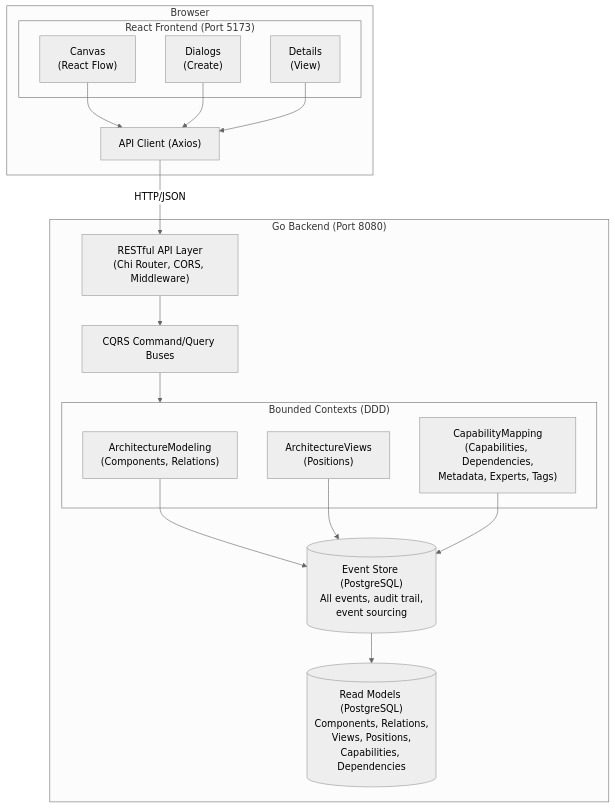
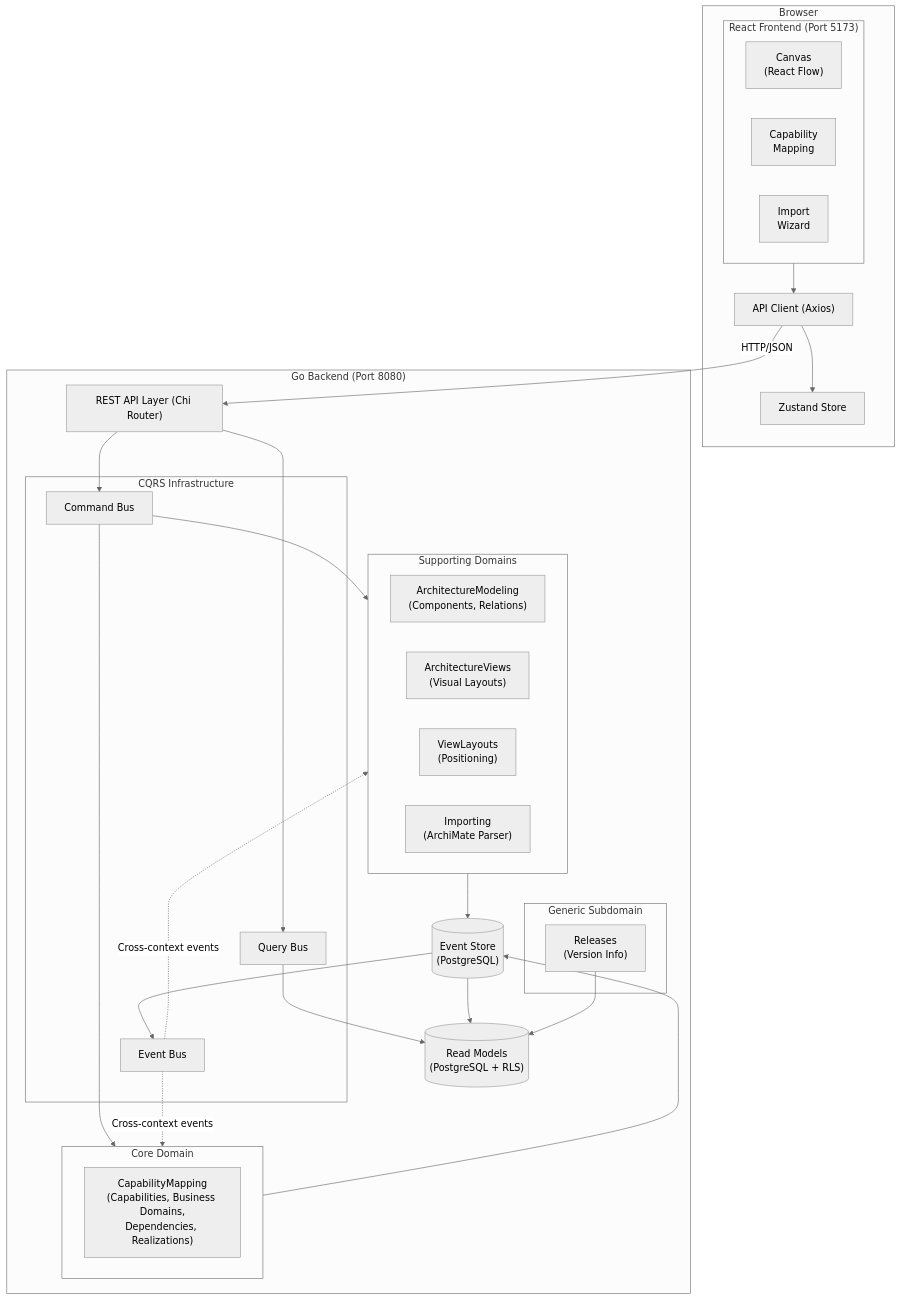
Before and after one commit to martinosk/easi: the diagram in README.md, drawn with Mermaid (neutral theme).

Commit message:
readme update

````diff
--- a/README.md
+++ b/README.md
@@ -49,36 +49,59 @@
 ```mermaid
 flowchart TB
-    subgraph Browser
+    subgraph Browser["Browser"]
         subgraph Frontend["React Frontend (Port 5173)"]
-            Canvas["Canvas<br/>(React Flow)"]
-            Dialogs["Dialogs<br/>(Create)"]
-            Details["Details<br/>(View)"]
+            direction LR
+            CanvasFeature["Canvas<br/>(React Flow)"]
+            CapabilityUI["Capability<br/>Mapping"]
+            ImportUI["Import<br/>Wizard"]
         end
-        API["API Client (Axios)"]
+        ApiClient["API Client (Axios)"]
+        Store["Zustand Store"]
     end
 
     subgraph Backend["Go Backend (Port 8080)"]
-        REST["RESTful API Layer<br/>(Chi Router, CORS, Middleware)"]
-        CQRS["CQRS Command/Query Buses"]
+        REST["REST API Layer (Chi Router)"]
 
-        subgraph Contexts["Bounded Contexts (DDD)"]
-            Modeling["ArchitectureModeling<br/>(Components, Relations)"]
-            Views["ArchitectureViews<br/>(Positions)"]
-            Capability["CapabilityMapping<br/>(Capabilities, Dependencies,<br/>Metadata, Experts, Tags)"]
+        subgraph CQRS["CQRS Infrastructure"]
+            CommandBus["Command Bus"]
+            QueryBus["Query Bus"]
+            EventBus["Event Bus"]
         end
 
-        EventStore[("Event Store (PostgreSQL)<br/>All events, audit trail,<br/>event sourcing")]
-        ReadModels[("Read Models (PostgreSQL)<br/>Components, Relations,<br/>Views, Positions,<br/>Capabilities, Dependencies")]
+        subgraph CoreDomain["Core Domain"]
+            Capability["CapabilityMapping<br/>(Capabilities, Business Domains,<br/>Dependencies, Realizations)"]
+        end
+
+        subgraph SupportingDomains["Supporting Domains"]
+            Modeling["ArchitectureModeling<br/>(Components, Relations)"]
+            Views["ArchitectureViews<br/>(Visual Layouts)"]
+            Layouts["ViewLayouts<br/>(Positioning)"]
+            Importing["Importing<br/>(ArchiMate Parser)"]
+        end
+
+        subgraph GenericDomains["Generic Subdomain"]
+            Releases["Releases<br/>(Version Info)"]
+        end
+
+        EventStore[("Event Store<br/>(PostgreSQL)")]
+        ReadModels[("Read Models<br/>(PostgreSQL + RLS)")]
     end
 
-    Canvas --> API
-    Dialogs --> API
-    Details --> API
-    API -->|HTTP/JSON| REST
-    REST --> CQRS
-    CQRS --> Contexts
-    Modeling --> EventStore
-    Views --> EventStore
-    Capability --> EventStore
+    Frontend --> ApiClient
+    ApiClient --> Store
+    ApiClient -->|HTTP/JSON| REST
+    REST --> CommandBus
+    REST --> QueryBus
+    CommandBus --> CoreDomain
+    CommandBus --> SupportingDomains
+    QueryBus --> ReadModels
+
+    CoreDomain --> EventStore
+    SupportingDomains --> EventStore
+    EventStore --> EventBus
+    EventBus -.->|Cross-context events| SupportingDomains
+    EventBus -.->|Cross-context events| CoreDomain
     EventStore --> ReadModels
+
+    Releases --> ReadModels
 ```
````
